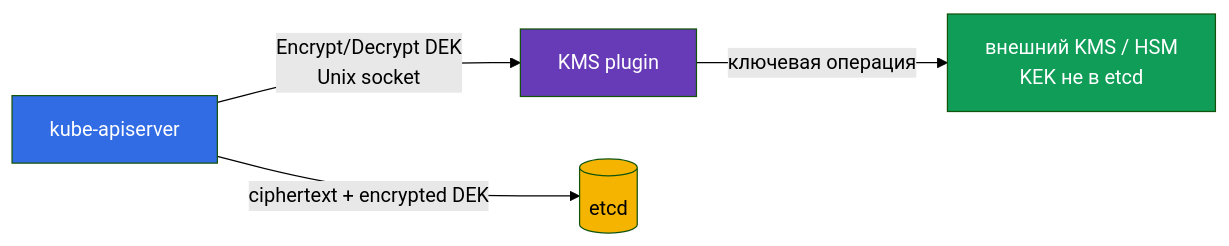
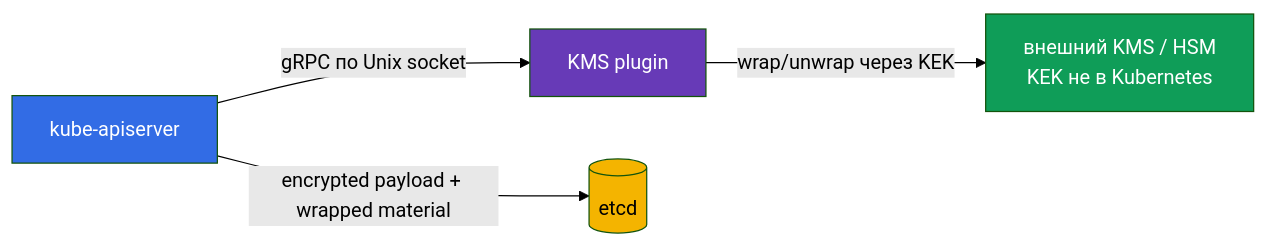
The third of 4 diagrams in tasks/cks/course/21/ru.md (ViktorUJ/cks), drawn with Mermaid (forest theme) before and after one commit. The commit also changed other lines of this file and 62 other files, not shown here.

````diff
--- a/tasks/cks/course/21/ru.md
+++ b/tasks/cks/course/21/ru.md
@@ -237,10 +239,10 @@
 ```mermaid
 flowchart LR
-    api["kube-apiserver"] -->|"Encrypt/Decrypt DEK\nUnix socket"| plugin["KMS plugin"]
-    plugin -->|"ключевая операция"| manager["внешний KMS / HSM\nKEK не в etcd"]
-    api -->|"ciphertext + encrypted DEK"| etcd[("etcd")]
+    api["kube-apiserver"] -->|"gRPC по Unix socket"| plugin["KMS plugin"]
+    plugin -->|"wrap/unwrap через KEK"| manager["внешний KMS / HSM\nKEK не в Kubernetes"]
+    api -->|"encrypted payload + wrapped material"| etcd[("etcd")]
     style api fill:#326ce5,color:#fff
     style plugin fill:#673ab7,color:#fff
     style manager fill:#0f9d58,color:#fff
     style etcd fill:#f4b400,color:#000
 ```
````
